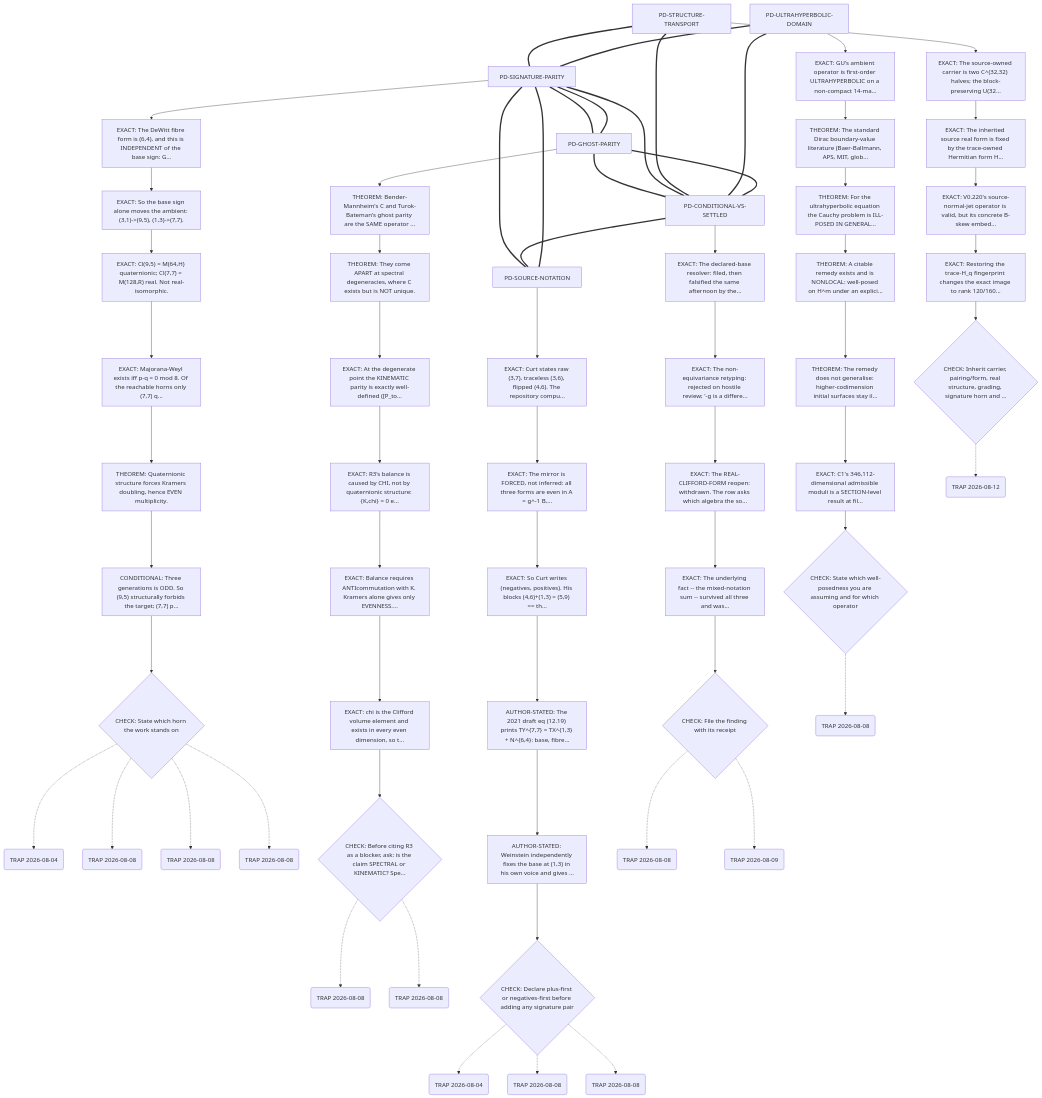
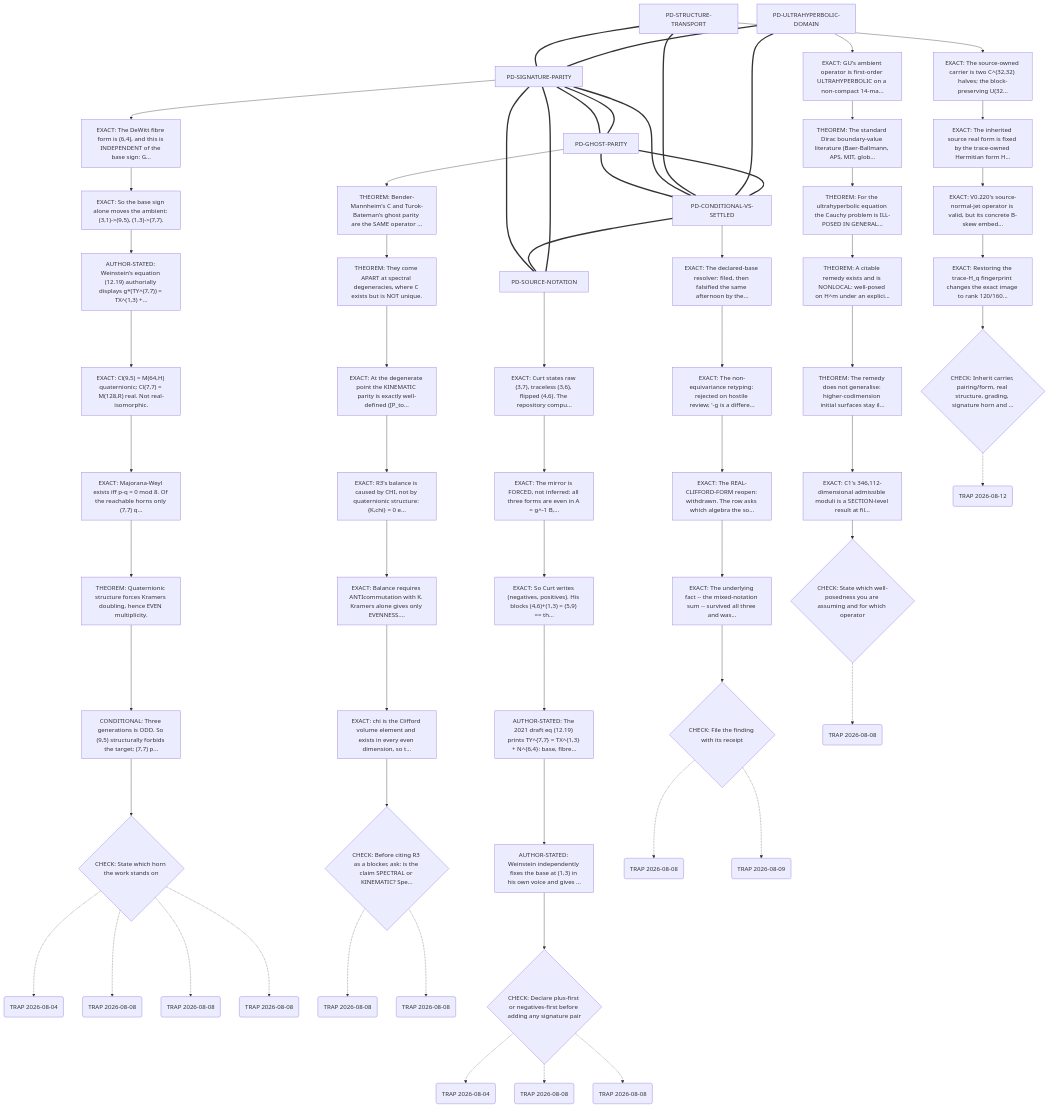
Before and after one commit to disruptionjoe/gu-formalization: the diagram in lab/process/path-dependencies.md, drawn with Mermaid. The commit also changed other lines of this file and 24 other files, not shown here.

```diff
--- a/lab/process/path-dependencies.md
+++ b/lab/process/path-dependencies.md
@@ -14,16 +14,18 @@
   PD_SIGNATURE_PARITY --> PD_SIGNATURE_PARITY_s0
   PD_SIGNATURE_PARITY_s1["EXACT: So the base sign alone moves the ambient: (3,1)->(9,5), (1,3)->(7,7)."]
   PD_SIGNATURE_PARITY_s0 --> PD_SIGNATURE_PARITY_s1
-  PD_SIGNATURE_PARITY_s2["EXACT: Cl(9,5) = M(64,H) quaternionic; Cl(7,7) = M(128,R) real. Not real-isomorphic."]
+  PD_SIGNATURE_PARITY_s2["AUTHOR-STATED: Weinstein's equation (12.19) authorially displays g*(TY^(7,7)) = TX^(1,3) +..."]
   PD_SIGNATURE_PARITY_s1 --> PD_SIGNATURE_PARITY_s2
-  PD_SIGNATURE_PARITY_s3["EXACT: Majorana-Weyl exists iff p-q = 0 mod 8. Of the reachable horns only (7,7) q..."]
+  PD_SIGNATURE_PARITY_s3["EXACT: Cl(9,5) = M(64,H) quaternionic; Cl(7,7) = M(128,R) real. Not real-isomorphic."]
   PD_SIGNATURE_PARITY_s2 --> PD_SIGNATURE_PARITY_s3
-  PD_SIGNATURE_PARITY_s4["THEOREM: Quaternionic structure forces Kramers doubling, hence EVEN multiplicity."]
+  PD_SIGNATURE_PARITY_s4["EXACT: Majorana-Weyl exists iff p-q = 0 mod 8. Of the reachable horns only (7,7) q..."]
   PD_SIGNATURE_PARITY_s3 --> PD_SIGNATURE_PARITY_s4
-  PD_SIGNATURE_PARITY_s5["CONDITIONAL: Three generations is ODD. So (9,5) structurally forbids the target; (7,7) p..."]
+  PD_SIGNATURE_PARITY_s5["THEOREM: Quaternionic structure forces Kramers doubling, hence EVEN multiplicity."]
   PD_SIGNATURE_PARITY_s4 --> PD_SIGNATURE_PARITY_s5
+  PD_SIGNATURE_PARITY_s6["CONDITIONAL: Three generations is ODD. So (9,5) structurally forbids the target; (7,7) p..."]
+  PD_SIGNATURE_PARITY_s5 --> PD_SIGNATURE_PARITY_s6
   PD_SIGNATURE_PARITY_chk{"CHECK: State which horn the work stands on"}
-  PD_SIGNATURE_PARITY_s5 --> PD_SIGNATURE_PARITY_chk
+  PD_SIGNATURE_PARITY_s6 --> PD_SIGNATURE_PARITY_chk
   PD_SIGNATURE_PARITY_t0("TRAP 2026-08-04")
   PD_SIGNATURE_PARITY_chk -.-> PD_SIGNATURE_PARITY_t0
   PD_SIGNATURE_PARITY_t1("TRAP 2026-08-08")
```
